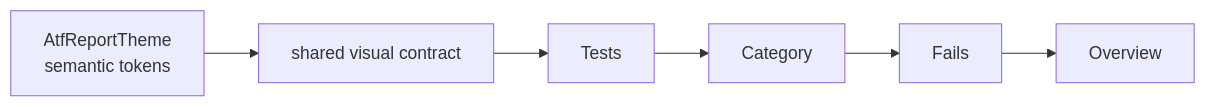
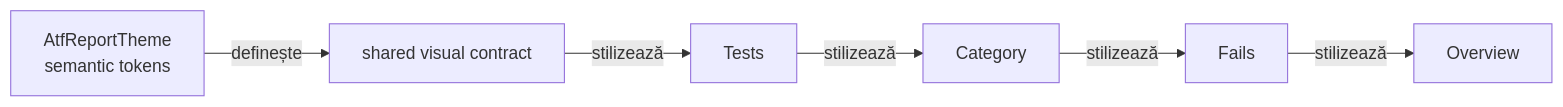
Before and after one commit to crististefanita/demo2: the seventh of 9 diagrams in docs/ATF_Reporting_Contract.md, drawn with Mermaid. The commit also changed other lines of this file and 52 other files, not shown here.

````diff
--- a/docs/ATF_Reporting_Contract.md
+++ b/docs/ATF_Reporting_Contract.md
@@ -364,8 +364,8 @@
 ```mermaid
 flowchart LR
-    Theme["AtfReportTheme<br/>semantic tokens"] --> Contract["shared visual contract"]
-    Contract --> Tests[Tests]
-    Tests --> Category[Category]
-    Category --> Fails[Fails]
-    Fails --> Overview[Overview]
+    Theme["AtfReportTheme<br/>semantic tokens"] -->|definește| Contract["shared visual contract"]
+    Contract -->|stilizează| Tests[Tests]
+    Tests -->|stilizează| Category[Category]
+    Category -->|stilizează| Fails[Fails]
+    Fails -->|stilizează| Overview[Overview]
 ```
````
